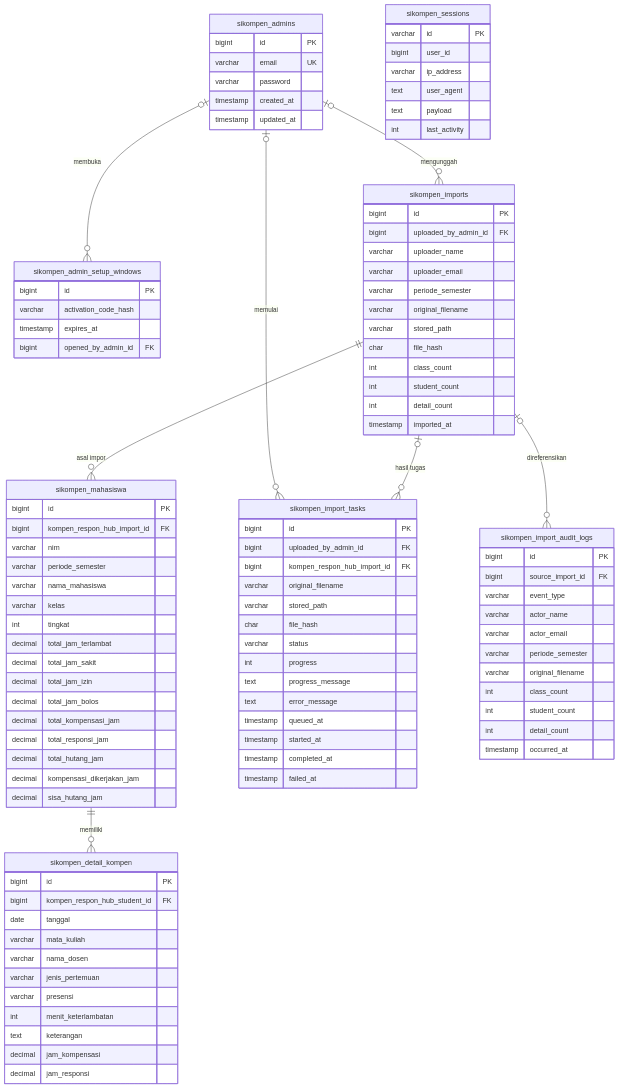
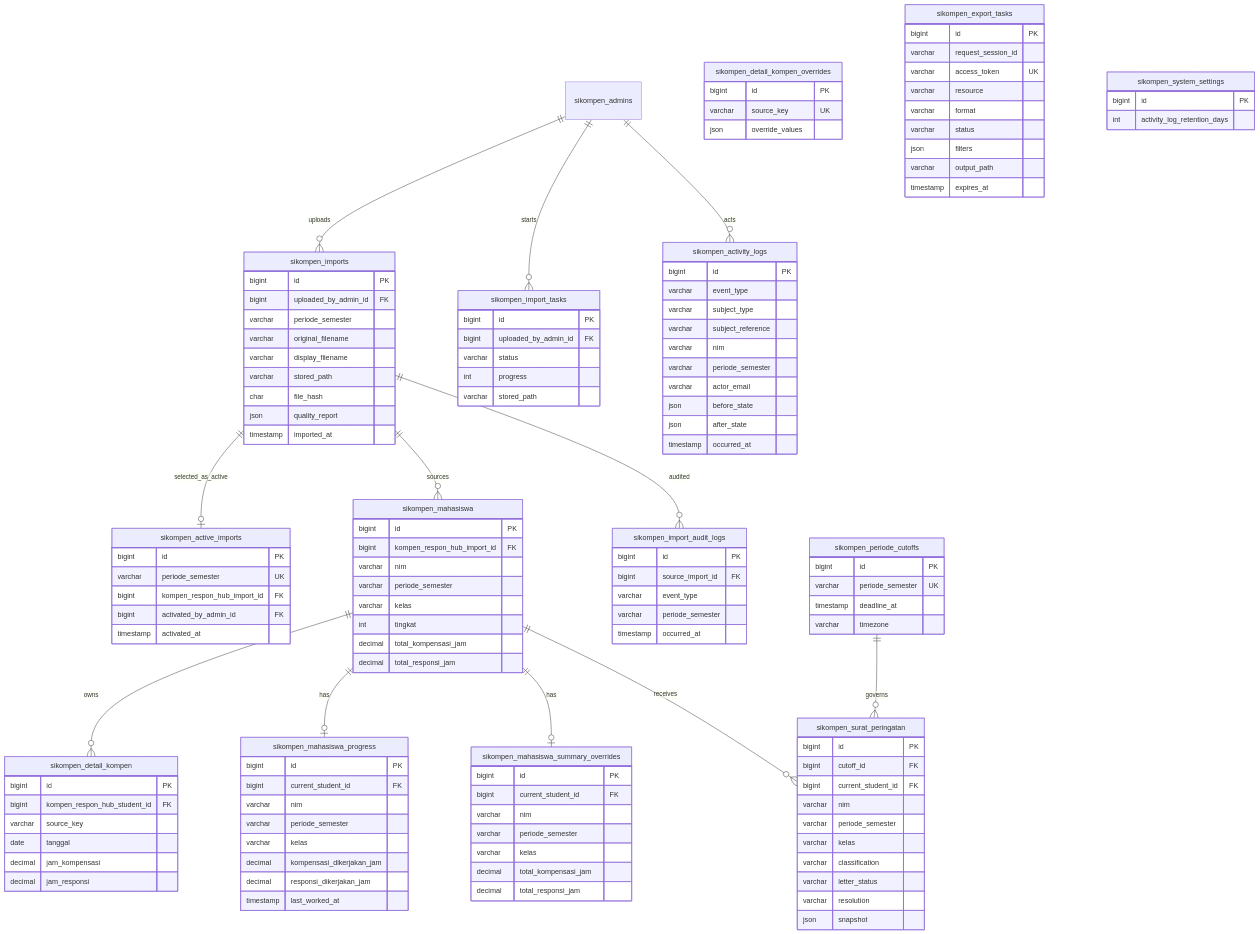
Before and after one commit to khairuonwork/sikompen_ae: the diagram in docs/erd.md, drawn with Mermaid. The commit also changed other lines of this file and 12 other files, not shown here.

````diff
--- a/docs/erd.md
+++ b/docs/erd.md
@@ -5,113 +5,134 @@
 ```mermaid
 erDiagram
-    sikompen_admins {
-        bigint id PK
-        varchar email UK
-        varchar password
-        timestamp created_at
-        timestamp updated_at
-    }
-
-    sikompen_admin_setup_windows {
-        bigint id PK
-        varchar activation_code_hash
-        timestamp expires_at
-        bigint opened_by_admin_id FK
-    }
+    sikompen_admins ||--o{ sikompen_imports : uploads
+    sikompen_admins ||--o{ sikompen_import_tasks : starts
+    sikompen_admins ||--o{ sikompen_activity_logs : acts
+    sikompen_imports ||--o| sikompen_active_imports : selected_as_active
+    sikompen_imports ||--o{ sikompen_mahasiswa : sources
+    sikompen_imports ||--o{ sikompen_import_audit_logs : audited
+    sikompen_mahasiswa ||--o{ sikompen_detail_kompen : owns
+    sikompen_mahasiswa ||--o| sikompen_mahasiswa_progress : has
+    sikompen_mahasiswa ||--o| sikompen_mahasiswa_summary_overrides : has
+    sikompen_mahasiswa ||--o{ sikompen_surat_peringatan : receives
+    sikompen_periode_cutoffs ||--o{ sikompen_surat_peringatan : governs
 
     sikompen_imports {
         bigint id PK
         bigint uploaded_by_admin_id FK
-        varchar uploader_name
-        varchar uploader_email
         varchar periode_semester
         varchar original_filename
+        varchar display_filename
         varchar stored_path
         char file_hash
-        int class_count
-        int student_count
-        int detail_count
+        json quality_report
         timestamp imported_at
     }
-
+    sikompen_active_imports {
+        bigint id PK
+        varchar periode_semester UK
+        bigint kompen_respon_hub_import_id FK
+        bigint activated_by_admin_id FK
+        timestamp activated_at
+    }
     sikompen_mahasiswa {
         bigint id PK
         bigint kompen_respon_hub_import_id FK
         varchar nim
         varchar periode_semester
-        varchar nama_mahasiswa
         varchar kelas
         int tingkat
-        decimal total_jam_terlambat
-        decimal total_jam_sakit
-        decimal total_jam_izin
-        decimal total_jam_bolos
         decimal total_kompensasi_jam
         decimal total_responsi_jam
-        decimal total_hutang_jam
-        decimal kompensasi_dikerjakan_jam
-        decimal sisa_hutang_jam
     }
-
     sikompen_detail_kompen {
         bigint id PK
         bigint kompen_respon_hub_student_id FK
+        varchar source_key
         date tanggal
-        varchar mata_kuliah
-        varchar nama_dosen
-        varchar jenis_pertemuan
-        varchar presensi
-        int menit_keterlambatan
-        text keterangan
         decimal jam_kompensasi
         decimal jam_responsi
     }
-
+    sikompen_mahasiswa_progress {
+        bigint id PK
+        bigint current_student_id FK
+        varchar nim
+        varchar periode_semester
+        varchar kelas
+        decimal kompensasi_dikerjakan_jam
+        decimal responsi_dikerjakan_jam
+        timestamp last_worked_at
+    }
+    sikompen_mahasiswa_summary_overrides {
+        bigint id PK
+        bigint current_student_id FK
+        varchar nim
+        varchar periode_semester
+        varchar kelas
+        decimal total_kompensasi_jam
+        decimal total_responsi_jam
+    }
+    sikompen_detail_kompen_overrides {
+        bigint id PK
+        varchar source_key UK
+        json override_values
+    }
+    sikompen_periode_cutoffs {
+        bigint id PK
+        varchar periode_semester UK
+        timestamp deadline_at
+        varchar timezone
+    }
+    sikompen_surat_peringatan {
+        bigint id PK
+        bigint cutoff_id FK
+        bigint current_student_id FK
+        varchar nim
+        varchar periode_semester
+        varchar kelas
+        varchar classification
+        varchar letter_status
+        varchar resolution
+        json snapshot
+    }
     sikompen_import_tasks {
         bigint id PK
         bigint uploaded_by_admin_id FK
-        bigint kompen_respon_hub_import_id FK
-        varchar original_filename
-        varchar stored_path
-        char file_hash
         varchar status
         int progress
-        text progress_message
-        text error_message
-        timestamp queued_at
-        timestamp started_at
-        timestamp completed_at
-        timestamp failed_at
+        varchar stored_path
     }
-
+    sikompen_export_tasks {
+        bigint id PK
+        varchar request_session_id
+        varchar access_token UK
+        varchar resource
+        varchar format
+        varchar status
+        json filters
+        varchar output_path
+        timestamp expires_at
+    }
     sikompen_import_audit_logs {
         bigint id PK
         bigint source_import_id FK
         varchar event_type
-        varchar actor_name
-        varchar actor_email
         varchar periode_semester
-        varchar original_filename
-        int class_count
-        int student_count
-        int detail_count
         timestamp occurred_at
     }
-
-    sikompen_sessions {
-        varchar id PK
-        bigint user_id
-        varchar ip_address
-        text user_agent
-        text payload
-        int last_activity
+    sikompen_activity_logs {
+        bigint id PK
+        varchar event_type
+        varchar subject_type
+        varchar subject_reference
+        varchar nim
+        varchar periode_semester
+        varchar actor_email
+        json before_state
+        json after_state
+        timestamp occurred_at
     }
-
-    sikompen_admins o|--o{ sikompen_imports : "mengunggah"
-    sikompen_admins o|--o{ sikompen_import_tasks : "memulai"
-    sikompen_admins o|--o{ sikompen_admin_setup_windows : "membuka"
-    sikompen_imports ||--o{ sikompen_mahasiswa : "asal impor"
-    sikompen_mahasiswa ||--o{ sikompen_detail_kompen : "memiliki"
-    sikompen_imports o|--o{ sikompen_import_tasks : "hasil tugas"
-    sikompen_imports o|--o{ sikompen_import_audit_logs : "direferensikan"
+    sikompen_system_settings {
+        bigint id PK
+        int activity_log_retention_days
+    }
 ```
````
